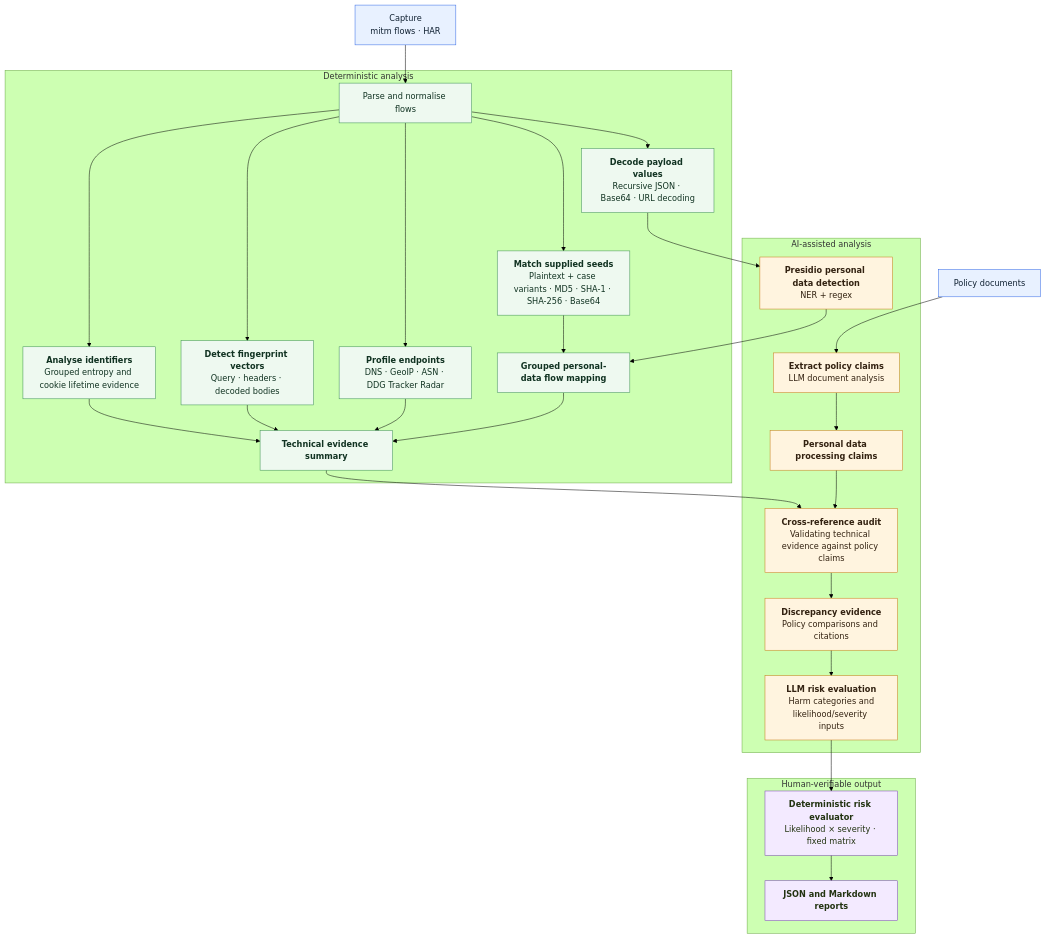
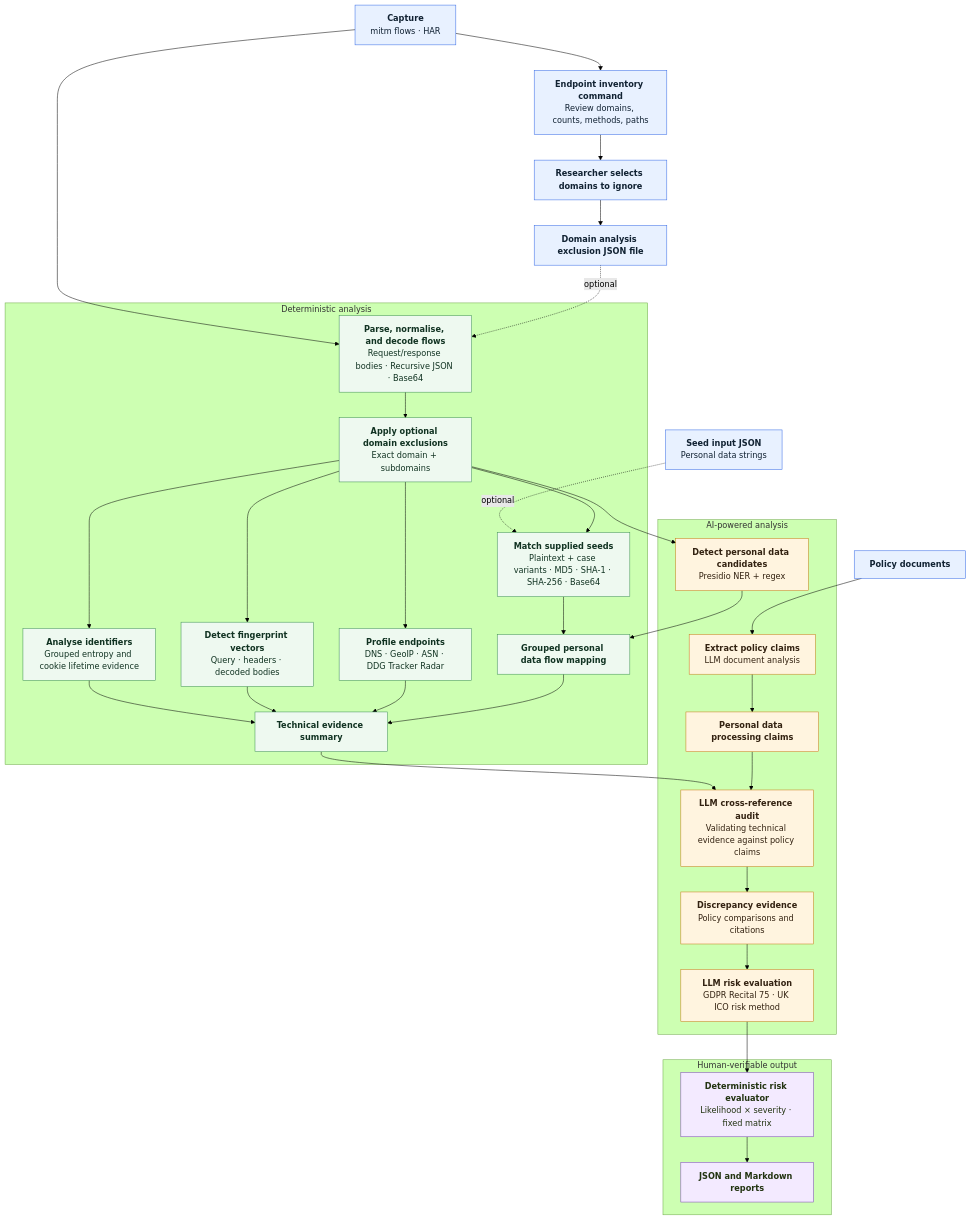
One commit to RillJ/data-flow-analyser changed the diagram in README.md. Above: the diagram before and after it, drawn with Mermaid (forest theme). The commit also changed other lines of this file and 2 other files, not shown here.

Commit message:
Updated README.md, persistent log file

````diff
--- a/README.md
+++ b/README.md
@@ -310,46 +310,50 @@
 ```mermaid
 flowchart TD
-    A["Capture\nmitm flows · HAR"] --> B["Parse and normalise flows"]
-    R["Policy documents"]
+    A["<b>Capture</b>\nmitm flows · HAR"] --> B["<b>Parse, normalise, and decode flows</b>\nRequest/response bodies · Recursive JSON · Base64"]
+    R["<b>Policy documents</b>"] --> K["<b>Extract policy claims</b>\nLLM document analysis"]
+
+    A --> X["<b>Endpoint inventory command</b>\nReview domains, counts, methods, paths"]
+    X --> X1["<b>Researcher selects domains to ignore</b>"]
+    X1 --> X2["<b>Domain analysis exclusion JSON file</b>"]
+    X2 -. "optional" .-> B
+
+    S["<b>Seed input JSON</b>\nPersonal data strings"] -. "optional" .-> D
 
     subgraph DET["Deterministic analysis"]
-        B --> C["<b>Decode payload values</b>\nRecursive JSON · Base64 · URL decoding"]
-        B --> D["<b>Match supplied seeds</b>\nPlaintext + case variants · MD5 · SHA-1 · SHA-256 · Base64"]
-        B --> F["<b>Analyse identifiers</b>\nGrouped entropy and cookie lifetime evidence"]
-        B --> G["<b>Detect fingerprint vectors</b>\nQuery · headers · decoded bodies"]
-        B --> H["<b>Profile endpoints</b>\nDNS · GeoIP · ASN · DDG Tracker Radar"]
-        D --> I["<b>Grouped personal-data flow mapping</b>"]
+        B --> T["<b>Apply optional domain exclusions</b>\nExact domain + subdomains"]
+        T --> D["<b>Match supplied seeds</b>\nPlaintext + case variants · MD5 · SHA-1 · SHA-256 · Base64"]
+        T --> F["<b>Analyse identifiers</b>\nGrouped entropy and cookie lifetime evidence"]
+        T --> G["<b>Detect fingerprint vectors</b>\nQuery · headers · decoded bodies"]
+        T --> H["<b>Profile endpoints</b>\nDNS · GeoIP · ASN · DDG Tracker Radar"]
+        D --> I["<b>Grouped personal data flow mapping</b>"]
         F --> J["<b>Technical evidence summary</b>"]
         G --> J
         H --> J
         I --> J
     end
 
-    subgraph AI["AI-assisted analysis"]
-        C --> E["<b>Presidio personal data detection</b>\nNER + regex"]
-        E --> I
-        K["<b>Extract policy claims</b>\nLLM document analysis"]
+    subgraph AI["AI-powered analysis"]
+        T --> C["<b>Detect personal data candidates</b>\nPresidio NER + regex"]
+        C --> I
         K --> L["<b>Personal data processing claims</b>"]
-        J --> M["<b>Cross-reference audit</b>\nValidating technical evidence against policy claims"]
+        J --> M["<b>LLM cross-reference audit</b>\nValidating technical evidence against policy claims"]
         L --> M
         M --> N["<b>Discrepancy evidence</b>\nPolicy comparisons and citations"]
-        N --> O["<b>LLM risk evaluation</b>\n Harm categories and likelihood/severity inputs"]
+        N --> O["<b>LLM risk evaluation</b>\nGDPR Recital 75 · UK ICO risk method"]
     end
-
-    R --> K
 
     subgraph OUT["Human-verifiable output"]
         O --> P["<b>Deterministic risk evaluator</b>\nLikelihood × severity · fixed matrix"]
         P --> Q["<b>JSON and Markdown reports</b>"]
     end
 
     classDef input fill:#e8f1ff,stroke:#356ae6,color:#123;
     classDef analysis fill:#eef9f0,stroke:#3b8f52,color:#132;
     classDef model fill:#fff4df,stroke:#c77b16,color:#321;
     classDef output fill:#f3eaff,stroke:#7a45b5,color:#231;
 
-    class A,R input;
-    class B,C,D,F,G,H,I,J analysis;
-    class E,K,L,M,N,O model;
+    class A,R,X,X1,X2,S input;
+    class B,T,D,F,G,H,I,J analysis;
+    class C,K,L,M,N,O model;
     class P,Q output;
 ```
````
